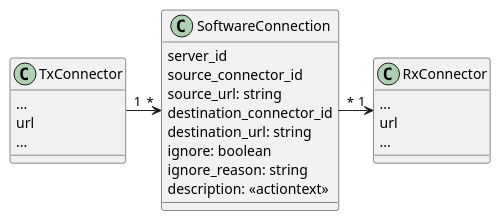
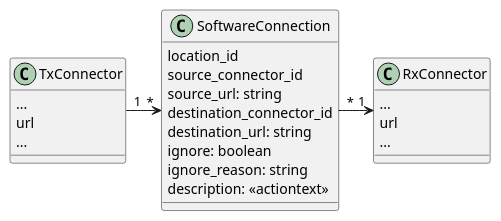
The diagram in doc/dev-notes/modules/ROOT/images/software-connections.puml (swobspace/mirco), drawn with PlantUML before and after one commit. The commit also changed 7 other files, not shown here.

First line of the commit message:
remove server, add location

```diff
--- a/doc/dev-notes/modules/ROOT/images/software-connections.puml
+++ b/doc/dev-notes/modules/ROOT/images/software-connections.puml
@@ -1,28 +1,28 @@
 @startuml
 
 class TxConnector {
   ...
   url
   ...
 }
 
 class SoftwareConnection {
-  server_id
+  location_id
   source_connector_id
   source_url: string
   destination_connector_id
   destination_url: string
   ignore: boolean
   ignore_reason: string
   description: <<actiontext>>
 }
 
 class RxConnector {
   ...
   url
   ...
 }
 
 TxConnector "1" -> "*" SoftwareConnection
 SoftwareConnection "*" -> "1" RxConnector
 @enduml
```
